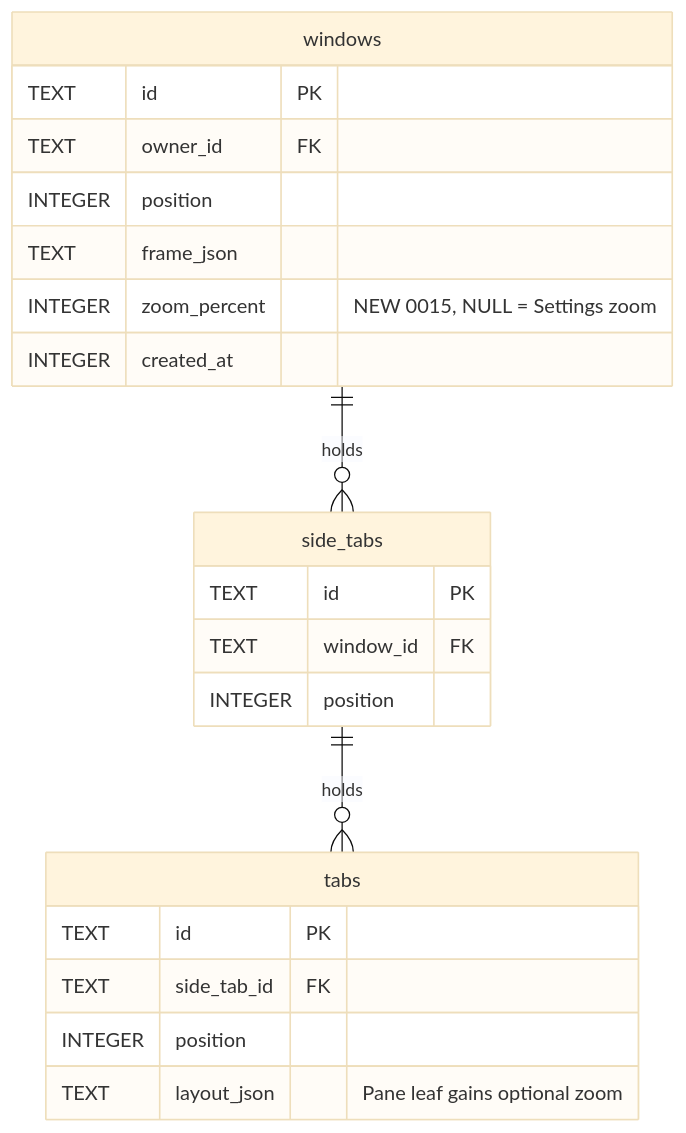
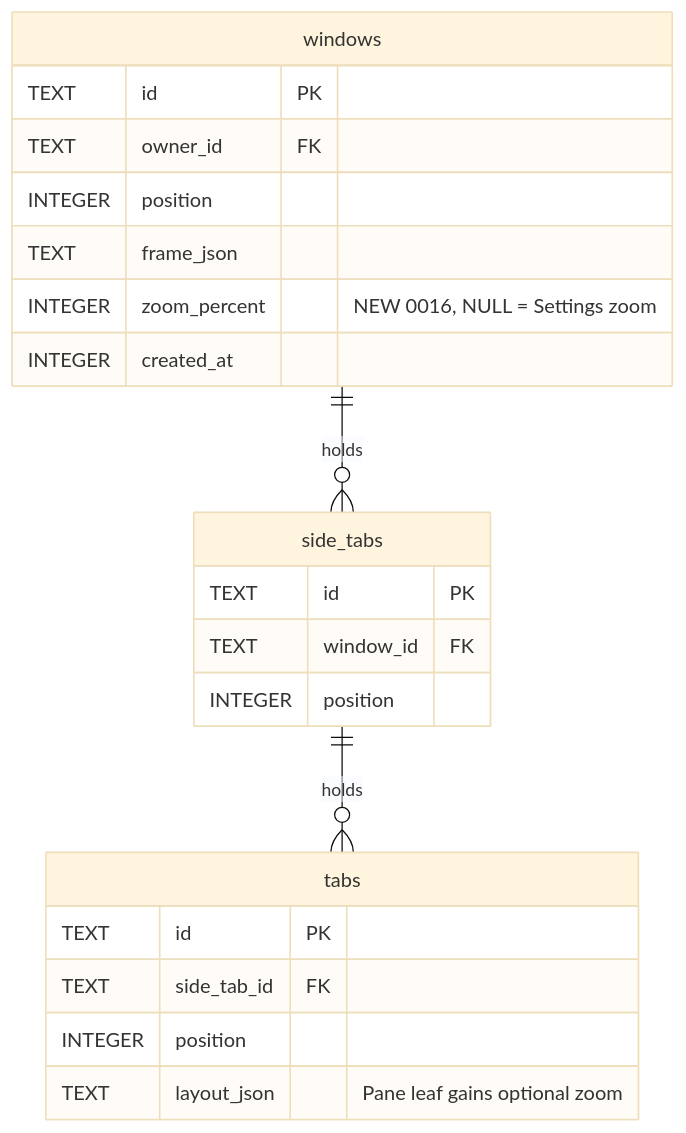
The diagram in openspec/changes/refine-pane-view-and-zoom/er.mmd (pantopix-ro/terminescu), drawn with Mermaid (base theme) before and after one commit. The commit also changed 5 other files, not shown here.

```diff
--- a/openspec/changes/refine-pane-view-and-zoom/er.mmd
+++ b/openspec/changes/refine-pane-view-and-zoom/er.mmd
@@ -1,22 +1,22 @@
 erDiagram
     windows ||--o{ side_tabs : holds
     side_tabs ||--o{ tabs : holds
     windows {
         TEXT id PK
         TEXT owner_id FK
         INTEGER position
         TEXT frame_json
-        INTEGER zoom_percent "NEW 0015, NULL = Settings zoom"
+        INTEGER zoom_percent "NEW 0016, NULL = Settings zoom"
         INTEGER created_at
     }
     side_tabs {
         TEXT id PK
         TEXT window_id FK
         INTEGER position
     }
     tabs {
         TEXT id PK
         TEXT side_tab_id FK
         INTEGER position
         TEXT layout_json "Pane leaf gains optional zoom"
     }
```
